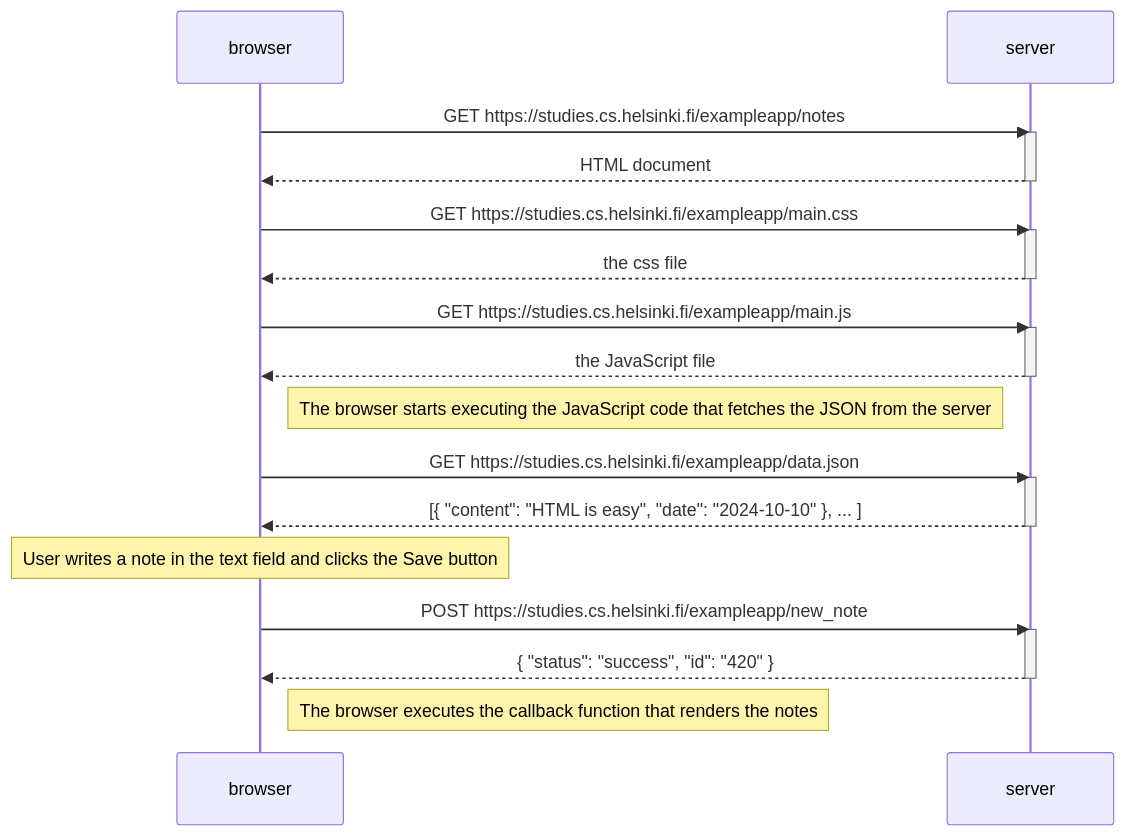
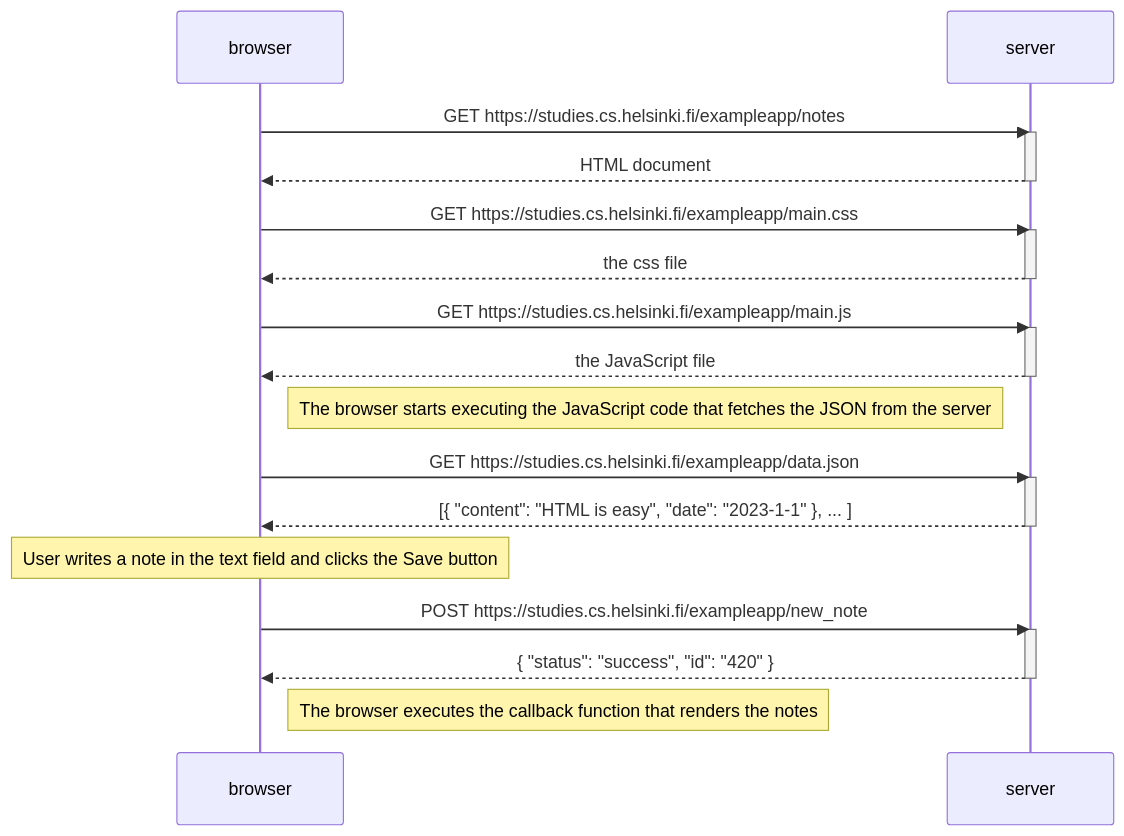
One commit to Oskul123/fullstack_OskarW-jcik changed the diagram in zad04.md. Above: the diagram before and after it, drawn with Mermaid.

````diff
--- a/zad04.md
+++ b/zad04.md
@@ -1,36 +1,36 @@
 ```mermaid
 sequenceDiagram
     participant browser
     participant server
 
     browser->>server: GET https://studies.cs.helsinki.fi/exampleapp/notes
     activate server
     server-->>browser: HTML document
     deactivate server
 
     browser->>server: GET https://studies.cs.helsinki.fi/exampleapp/main.css
     activate server
     server-->>browser: the css file
     deactivate server
 
     browser->>server: GET https://studies.cs.helsinki.fi/exampleapp/main.js
     activate server
     server-->>browser: the JavaScript file
     deactivate server
 
     Note right of browser: The browser starts executing the JavaScript code that fetches the JSON from the server
 
     browser->>server: GET https://studies.cs.helsinki.fi/exampleapp/data.json
     activate server
-    server-->>browser: [{ "content": "HTML is easy", "date": "2024-10-10" }, ... ]
+    server-->>browser: [{ "content": "HTML is easy", "date": "2023-1-1" }, ... ] 
     deactivate server
 
     Note over browser: User writes a note in the text field and clicks the Save button
 
     browser->>server: POST https://studies.cs.helsinki.fi/exampleapp/new_note
     activate server
     server-->>browser: { "status": "success", "id": "420" }
     deactivate server
 
     Note right of browser: The browser executes the callback function that renders the notes
 ```
````
